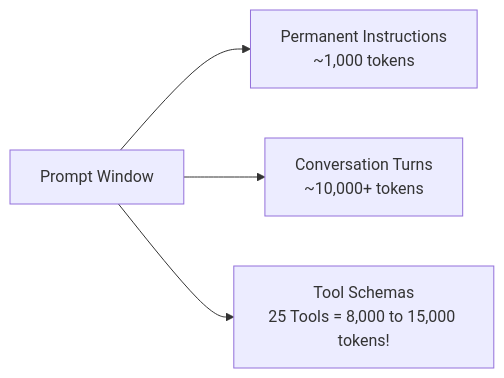
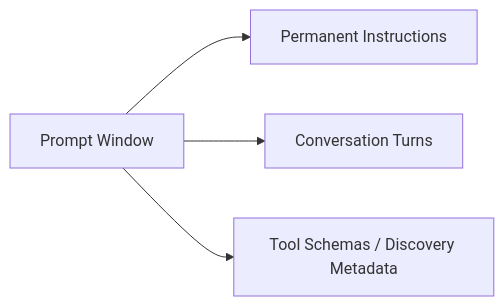
Before and after one commit to imadui/Prepare_Your_Code_Agent: the diagram in docs/tools.md, drawn with Mermaid. The commit also changed other lines of this file and 30 other files, not shown here.

````diff
--- a/docs/tools.md
+++ b/docs/tools.md
@@ -13,6 +13,6 @@
 ```mermaid
 graph LR
-    Prompt[Prompt Window] --> Instructions[Permanent Instructions\n~1,000 tokens]
-    Prompt --> History[Conversation Turns\n~10,000+ tokens]
-    Prompt --> ToolSchemas[Tool Schemas\n25 Tools = 8,000 to 15,000 tokens!]
+    Prompt[Prompt Window] --> Instructions[Permanent Instructions]
+    Prompt --> History[Conversation Turns]
+    Prompt --> ToolSchemas[Tool Schemas / Discovery Metadata]
 ```
````
